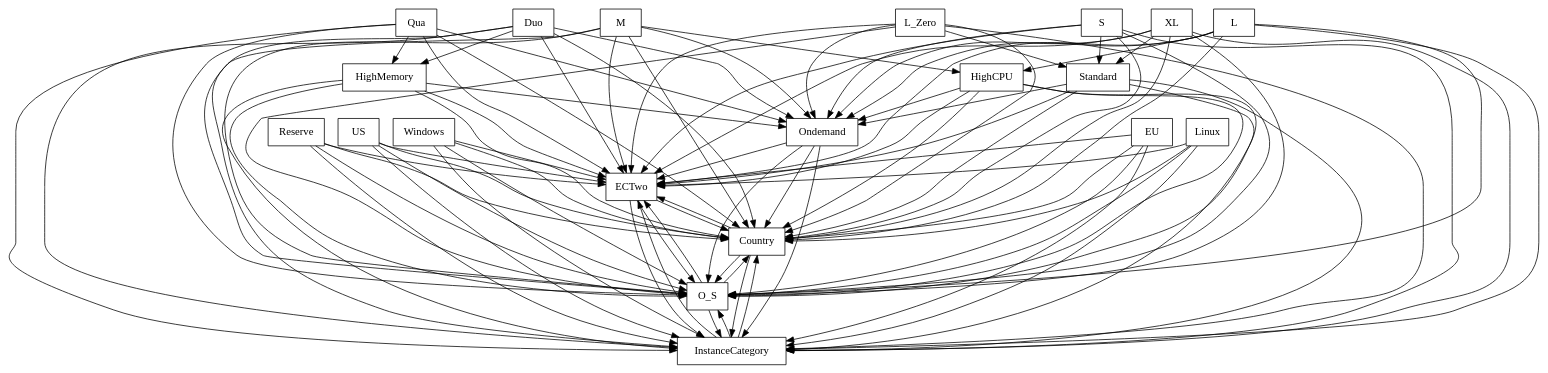
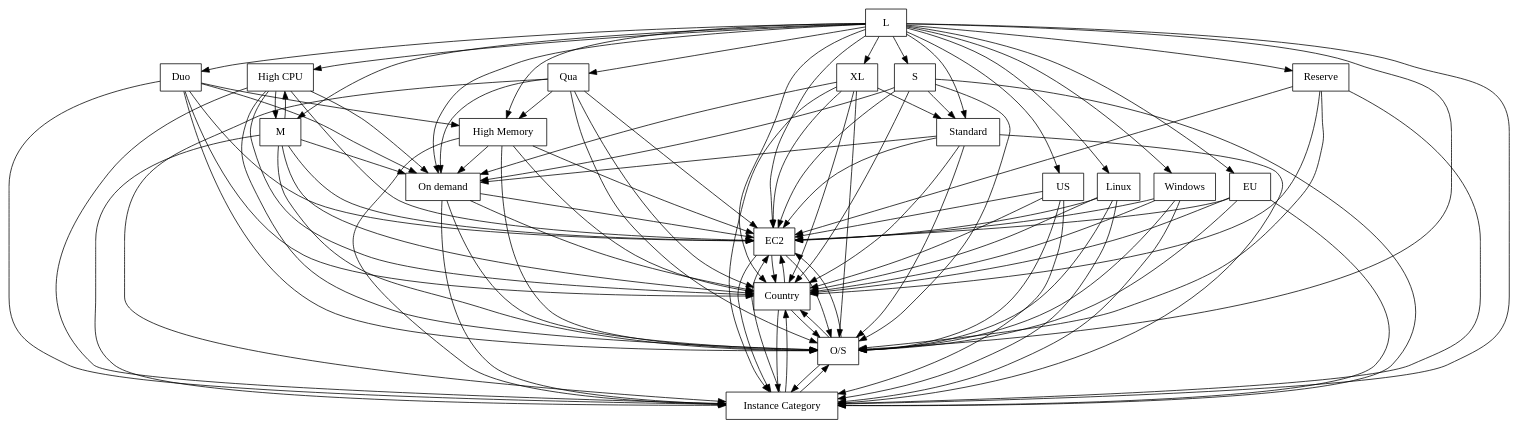
One commit to FAMILIAR-project/familiar-language changed the diagram in FAMILIAR/output/SPLOT-big/fm_19_model_20100106_985255768.xml.dot. Above: the diagram before and after it, drawn with Graphviz. The commit also changed 199 other files, not shown here.

```diff
--- a/FAMILIAR/output/SPLOT-big/fm_19_model_20100106_985255768.xml.dot
+++ b/FAMILIAR/output/SPLOT-big/fm_19_model_20100106_985255768.xml.dot
@@ -1,118 +1,124 @@
 digraph{
 graph [rankdir=TB];
 node [shape=box];
 edge [arrowhead=normal];
 0[label="Reserve",]
 1[label="Standard",]
-2[label="US",]
-3[label="L_Zero",]
-4[label="ECTwo",]
-5[label="L",]
-6[label="M",]
+2[label="High CPU",]
+3[label="US",]
+4[label="On demand",]
+5[label="EC2",]
+6[label="L",]
 7[label="Duo",]
-8[label="EU",]
-9[label="Country",]
-10[label="XL",]
-11[label="Linux",]
+8[label="M",]
+9[label="EU",]
+10[label="Country",]
+11[label="XL",]
 12[label="Windows",]
-13[label="HighCPU",]
-14[label="S",]
-15[label="HighMemory",]
-16[label="InstanceCategory",]
+13[label="Linux",]
+14[label="Instance Category",]
+15[label="O/S",]
+16[label="S",]
 17[label="Qua",]
-18[label="Ondemand",]
-19[label="O_S",]
-0->4[label="",]
-0->9[label="",]
-0->16[label="",]
-0->19[label="",]
+18[label="High Memory",]
+0->5[label="",]
+0->10[label="",]
+0->14[label="",]
+0->15[label="",]
 1->4[label="",]
-1->9[label="",]
-1->16[label="",]
-1->18[label="",]
-1->19[label="",]
+1->5[label="",]
+1->10[label="",]
+1->14[label="",]
+1->15[label="",]
 2->4[label="",]
-2->9[label="",]
-2->16[label="",]
-2->19[label="",]
-3->1[label="",]
-3->4[label="",]
-3->9[label="",]
-3->16[label="",]
-3->18[label="",]
-3->19[label="",]
-4->9[label="",]
-4->16[label="",]
-4->19[label="",]
-5->4[label="",]
-5->9[label="",]
-5->13[label="",]
-5->16[label="",]
-5->18[label="",]
-5->19[label="",]
+2->5[label="",]
+2->8[label="",]
+2->10[label="",]
+2->14[label="",]
+2->15[label="",]
+3->5[label="",]
+3->10[label="",]
+3->14[label="",]
+3->15[label="",]
+4->5[label="",]
+4->10[label="",]
+4->14[label="",]
+4->15[label="",]
+5->10[label="",]
+5->14[label="",]
+5->15[label="",]
+6->0[label="",]
+6->1[label="",]
+6->2[label="",]
+6->3[label="",]
 6->4[label="",]
+6->5[label="",]
+6->7[label="",]
+6->8[label="",]
 6->9[label="",]
+6->10[label="",]
+6->11[label="",]
+6->12[label="",]
 6->13[label="",]
+6->14[label="",]
+6->15[label="",]
 6->16[label="",]
+6->17[label="",]
 6->18[label="",]
-6->19[label="",]
 7->4[label="",]
-7->9[label="",]
+7->5[label="",]
+7->10[label="",]
+7->14[label="",]
 7->15[label="",]
-7->16[label="",]
 7->18[label="",]
-7->19[label="",]
+8->2[label="",]
 8->4[label="",]
-8->9[label="",]
-8->16[label="",]
-8->19[label="",]
-9->4[label="",]
-9->16[label="",]
-9->19[label="",]
-10->1[label="",]
-10->4[label="",]
-10->9[label="",]
-10->16[label="",]
-10->18[label="",]
-10->19[label="",]
+8->5[label="",]
+8->10[label="",]
+8->14[label="",]
+8->15[label="",]
+9->5[label="",]
+9->10[label="",]
+9->14[label="",]
+9->15[label="",]
+10->5[label="",]
+10->14[label="",]
+10->15[label="",]
+11->1[label="",]
 11->4[label="",]
-11->9[label="",]
-11->16[label="",]
-11->19[label="",]
-12->4[label="",]
-12->9[label="",]
-12->16[label="",]
-12->19[label="",]
-13->4[label="",]
-13->9[label="",]
-13->16[label="",]
-13->18[label="",]
-13->19[label="",]
-14->1[label="",]
-14->4[label="",]
-14->9[label="",]
-14->16[label="",]
-14->18[label="",]
-14->19[label="",]
-15->4[label="",]
-15->9[label="",]
-15->16[label="",]
-15->18[label="",]
-15->19[label="",]
+11->5[label="",]
+11->10[label="",]
+11->14[label="",]
+11->15[label="",]
+12->5[label="",]
+12->10[label="",]
+12->14[label="",]
+12->15[label="",]
+13->5[label="",]
+13->10[label="",]
+13->14[label="",]
+13->15[label="",]
+14->5[label="",]
+14->10[label="",]
+14->15[label="",]
+15->5[label="",]
+15->10[label="",]
+15->14[label="",]
+16->1[label="",]
 16->4[label="",]
-16->9[label="",]
-16->19[label="",]
+16->5[label="",]
+16->10[label="",]
+16->14[label="",]
+16->15[label="",]
 17->4[label="",]
-17->9[label="",]
+17->5[label="",]
+17->10[label="",]
+17->14[label="",]
 17->15[label="",]
-17->16[label="",]
 17->18[label="",]
-17->19[label="",]
 18->4[label="",]
-18->9[label="",]
-18->16[label="",]
-18->19[label="",]
-19->4[label="",]
-19->9[label="",]
-19->16[label="",]
+18->5[label="",]
+18->10[label="",]
+18->14[label="",]
+18->15[label="",]
 }
```
